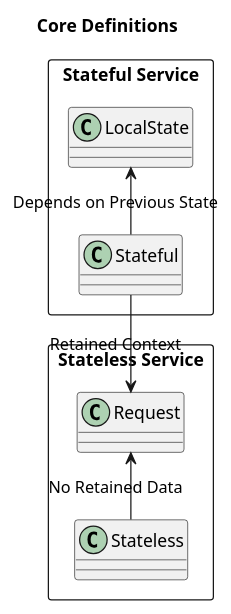
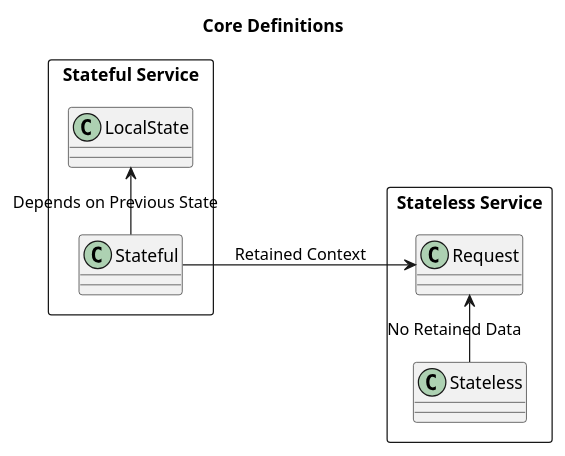
The first of 3 diagrams in doc/Week05/stateless-vs-stateful-services/README.marp.adoc (madajaju/CS8395), drawn with PlantUML before and after one commit. The commit also changed other lines of this file and 20 other files, not shown here.

```diff
--- a/doc/Week05/stateless-vs-stateful-services/README.marp.adoc
+++ b/doc/Week05/stateless-vs-stateful-services/README.marp.adoc
@@ -32,14 +47,14 @@
-[plantuml]
+[plantuml, format=svg, width=100%]
 ....
 @startuml
-  title Core Definitions
-  left to right direction
-  rectangle "Stateless Service" as Stateless {
-    Stateless -> Request : "No Retained Data"
-  }
-  rectangle "Stateful Service" as Stateful {
-    Stateful -> Request : "Retained Context"
-    Stateful -> LocalState : "Depends on Previous State"
-  }
+title Core Definitions
+left to right direction
+rectangle "Stateless Service" as Stateless {
+  Stateless -> Request : "No Retained Data"
+}
+rectangle "Stateful Service" as Stateful {
+  Stateful --> Request : "Retained Context"
+  Stateful -> LocalState : "Depends on Previous State"
+}
 @enduml
 ....
```
